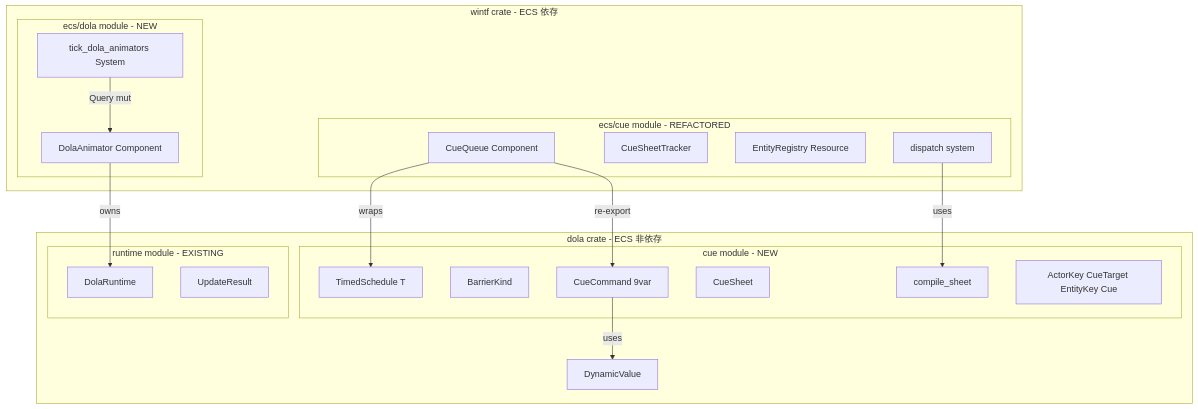
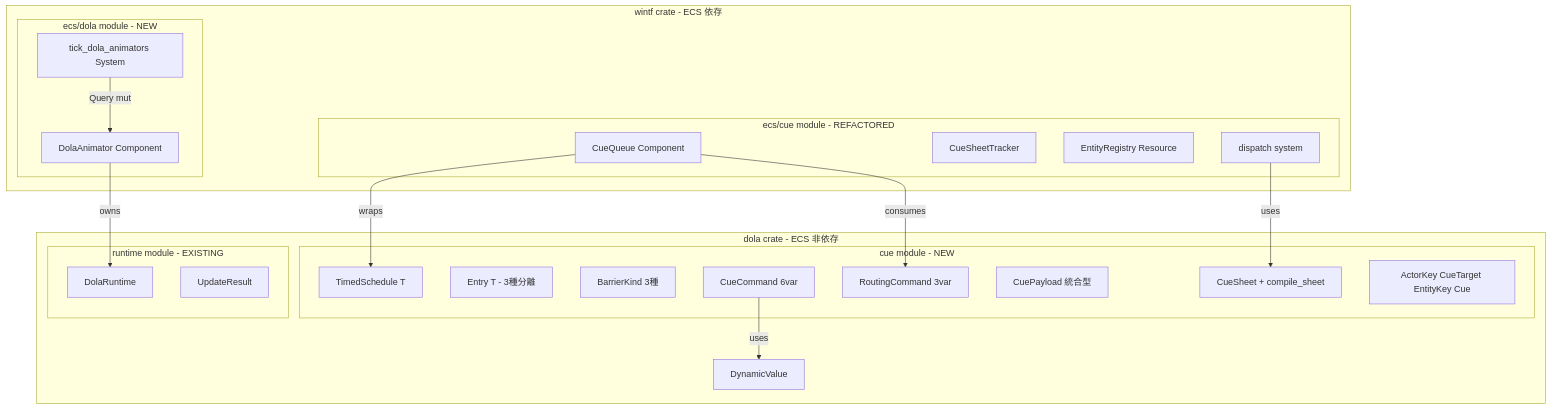
Before and after one commit to ekicyou/areka: the first of 6 diagrams in .kiro/specs/wintf-P0-dola-boundary/design.md, drawn with Mermaid. The commit also changed other lines of this file and 2 other files, not shown here.

````diff
--- a/.kiro/specs/wintf-P0-dola-boundary/design.md
+++ b/.kiro/specs/wintf-P0-dola-boundary/design.md
@@ -52,38 +53,40 @@
 ```mermaid
 graph TB
     subgraph dola_crate[dola crate - ECS 非依存]
         subgraph dola_cue[cue module - NEW]
             TS[TimedSchedule T]
-            BK[BarrierKind]
-            CC[CueCommand 9var]
-            CS[CueSheet]
-            CF[compile_sheet]
+            ET[Entry T - 3種分離]
+            BK[BarrierKind 3種]
+            CC[CueCommand 6var]
+            RC[RoutingCommand 3var]
+            CP[CuePayload 統合型]
+            CS[CueSheet + compile_sheet]
             DT[ActorKey CueTarget EntityKey Cue]
         end
         subgraph dola_runtime[runtime module - EXISTING]
             DR[DolaRuntime]
             UR[UpdateResult]
         end
         DV[DynamicValue]
     end
 
     subgraph wintf_crate[wintf crate - ECS 依存]
         subgraph wintf_dola[ecs/dola module - NEW]
             DA[DolaAnimator Component]
             TDA[tick_dola_animators System]
         end
         subgraph wintf_cue[ecs/cue module - REFACTORED]
             CQ[CueQueue Component]
             CST[CueSheetTracker]
             ER[EntityRegistry Resource]
             DP[dispatch system]
         end
     end
 
     DA -->|owns| DR
     TDA -->|Query mut| DA
     CQ -->|wraps| TS
     CC -->|uses| DV
-    DP -->|uses| CF
-    CQ -->|re-export| CC
+    DP -->|uses| CS
+    CQ -->|consumes| RC
 ```
````
